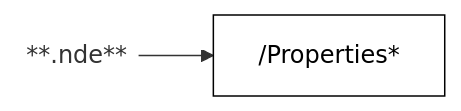
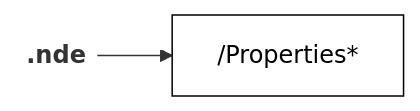
One commit to Evident-Industrial/NDE_Open_File_Format changed the first of 2 diagrams in site/docs/json-metadata/properties/index.md. Above: the diagram before and after it, drawn with Mermaid. The commit also changed other lines of this file and 139 other files, not shown here.

````diff
--- a/site/docs/json-metadata/properties/index.md
+++ b/site/docs/json-metadata/properties/index.md
@@ -3,8 +3,8 @@
 ``` mermaid
 flowchart LR
-  .nde[**.nde**]:::root --> Properties["/Properties*"]:::dataset
+  .nde[<b>.nde</b>]:::root --> Properties["/Properties*"]:::dataset
   .nde@{ shape: text}
   classDef root fill:#fff
   classDef group fill:#ffc72c,stroke:#000000,color:#000000
   classDef dataset fill:#fff,stroke:#000000,color:#000000
 ```
````
